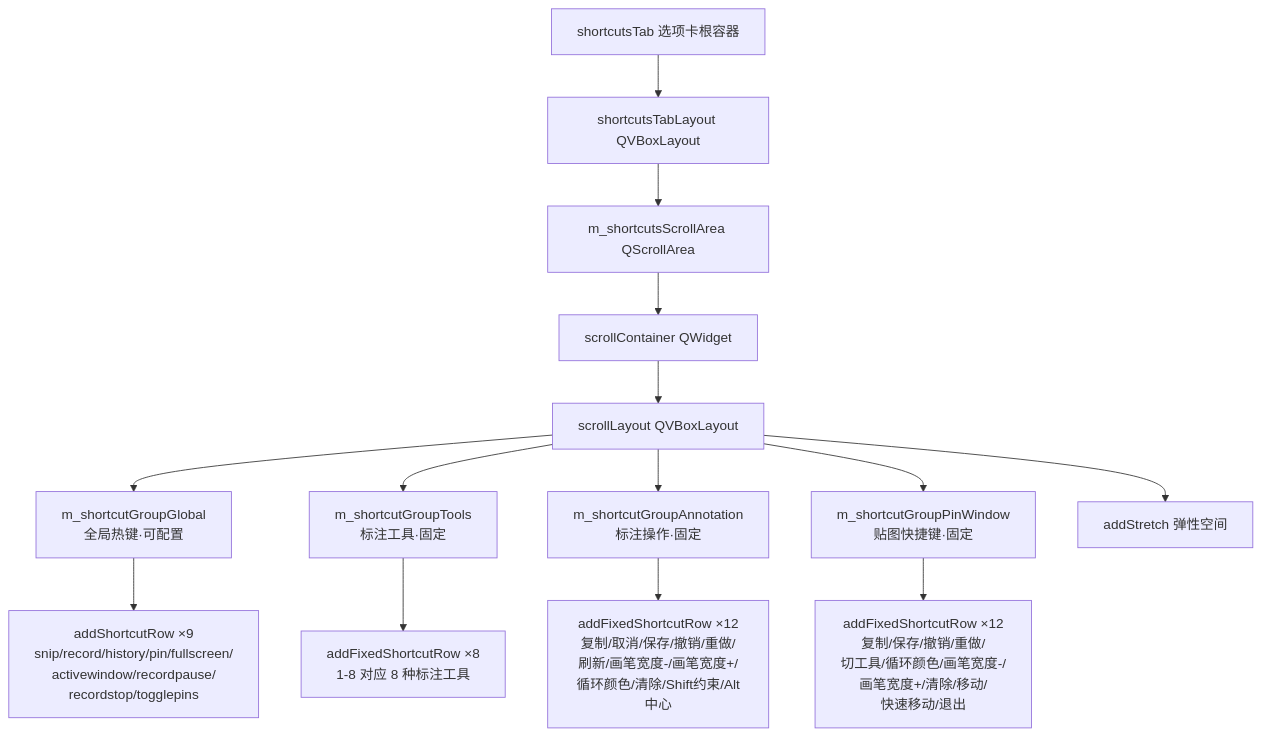
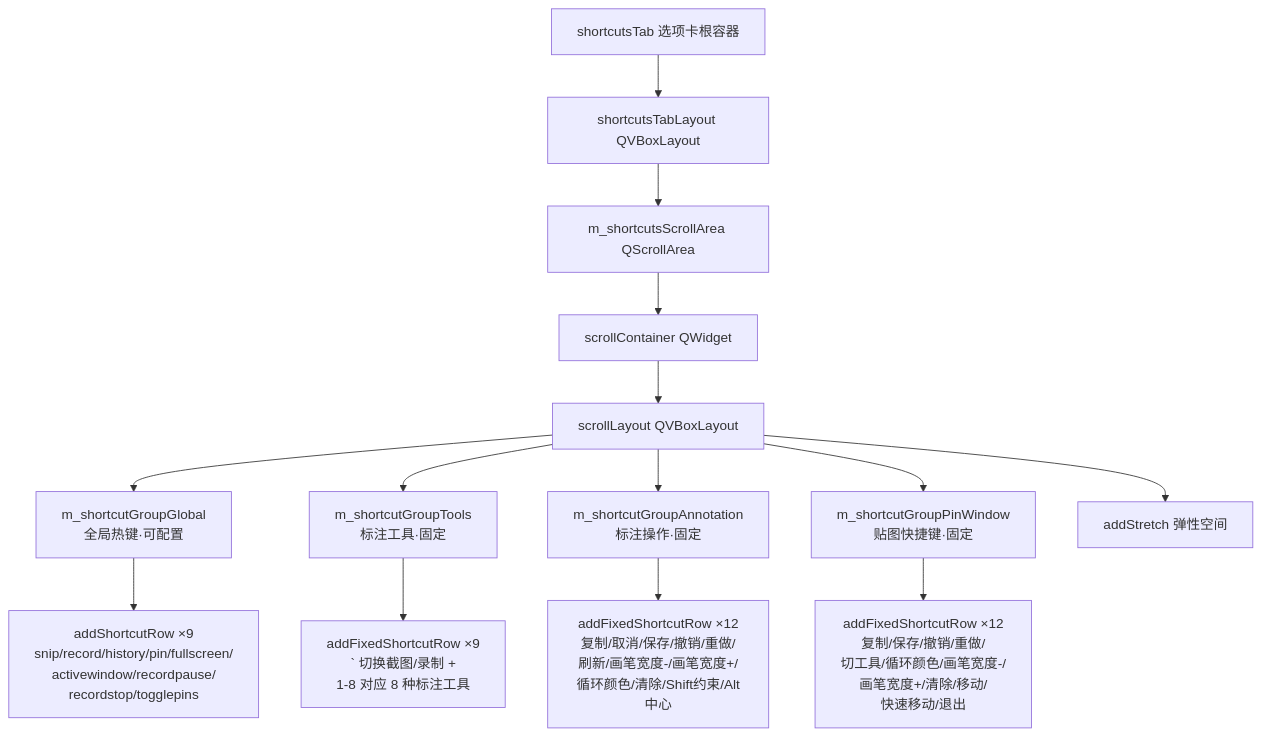
The eighth of 9 diagrams in docs/shortcuts.md (ChiangyangNPU/quick-shot), drawn with Mermaid before and after one commit. The commit also changed other lines of this file and 7 other files, not shown here.

````diff
--- a/docs/shortcuts.md
+++ b/docs/shortcuts.md
@@ -633,21 +668,21 @@
 ```mermaid
 flowchart TD
     A[shortcutsTab 选项卡根容器] --> B[shortcutsTabLayout QVBoxLayout]
     B --> C[m_shortcutsScrollArea QScrollArea]
     C --> D[scrollContainer QWidget]
     D --> E[scrollLayout QVBoxLayout]
     
     E --> F[m_shortcutGroupGlobal<br/>全局热键·可配置]
     E --> G[m_shortcutGroupTools<br/>标注工具·固定]
     E --> H[m_shortcutGroupAnnotation<br/>标注操作·固定]
     E --> I[m_shortcutGroupPinWindow<br/>贴图快捷键·固定]
     E --> J[addStretch 弹性空间]
     
     F --> F1[addShortcutRow ×9<br/>snip/record/history/pin/fullscreen/<br/>activewindow/recordpause/<br/>recordstop/togglepins]
     
-    G --> G1[addFixedShortcutRow ×8<br/>1-8 对应 8 种标注工具]
+    G --> G1[addFixedShortcutRow ×9<br/>` 切换截图/录制 +<br/>1-8 对应 8 种标注工具]
     
     H --> H1[addFixedShortcutRow ×12<br/>复制/取消/保存/撤销/重做/<br/>刷新/画笔宽度-/画笔宽度+/<br/>循环颜色/清除/Shift约束/Alt中心]
     
     I --> I1[addFixedShortcutRow ×12<br/>复制/保存/撤销/重做/<br/>切工具/循环颜色/画笔宽度-/<br/>画笔宽度+/清除/移动/<br/>快速移动/退出]
 ```
````
